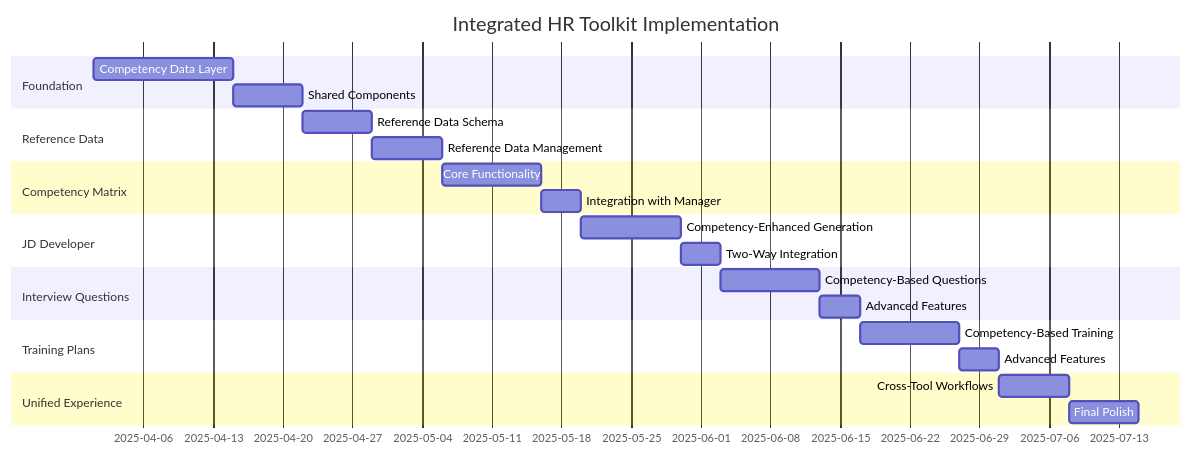
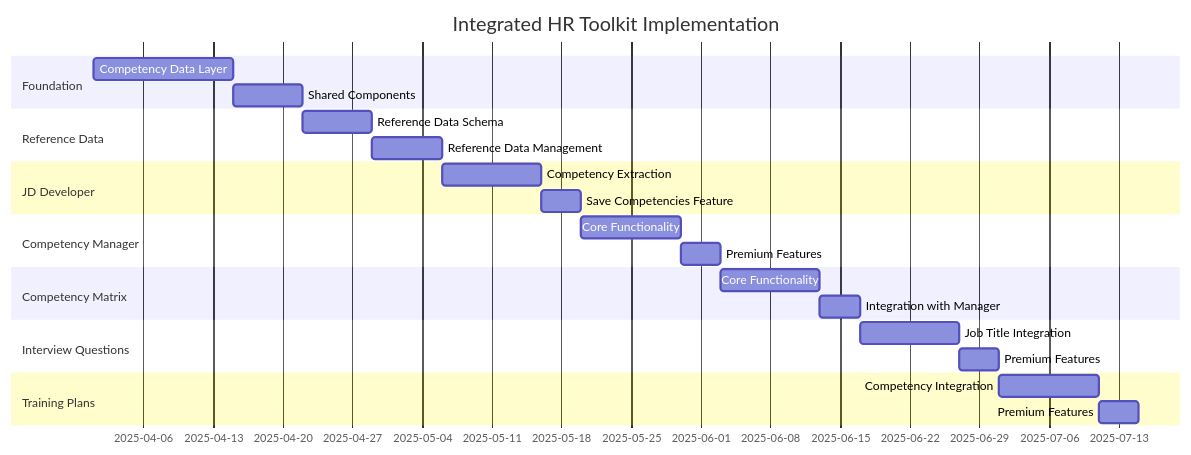
Before and after one commit to pgtipping/Synthalyst: the diagram in guides/integrated-hr-toolkit.md, drawn with Mermaid. The commit also changed other lines of this file and 2 other files, not shown here.

Commit message:
Update integrated HR toolkit implementation plan with JD-first approach and premium/freemium differentiation

````diff
--- a/guides/integrated-hr-toolkit.md
+++ b/guides/integrated-hr-toolkit.md
@@ -424,26 +527,26 @@
 ```mermaid
 gantt
     title Integrated HR Toolkit Implementation
     dateFormat  YYYY-MM-DD
     section Foundation
     Competency Data Layer           :a1, 2025-04-01, 14d
     Shared Components               :a2, after a1, 7d
     section Reference Data
     Reference Data Schema           :r1, after a2, 7d
     Reference Data Management       :r2, after r1, 7d
+    section JD Developer
+    Competency Extraction           :c1, after r2, 10d
+    Save Competencies Feature       :c2, after c1, 4d
+    section Competency Manager
+    Core Functionality              :d1, after c2, 10d
+    Premium Features                :d2, after d1, 4d
     section Competency Matrix
-    Core Functionality              :b1, after r2, 10d
-    Integration with Manager        :b2, after b1, 4d
-    section JD Developer
-    Competency-Enhanced Generation  :c1, after b2, 10d
-    Two-Way Integration             :c2, after c1, 4d
+    Core Functionality              :e1, after d2, 10d
+    Integration with Manager        :e2, after e1, 4d
     section Interview Questions
-    Competency-Based Questions      :d1, after c2, 10d
-    Advanced Features               :d2, after d1, 4d
+    Job Title Integration           :f1, after e2, 10d
+    Premium Features                :f2, after f1, 4d
     section Training Plans
-    Competency-Based Training       :e1, after d2, 10d
-    Advanced Features               :e2, after e1, 4d
-    section Unified Experience
-    Cross-Tool Workflows            :f1, after e2, 7d
-    Final Polish                    :f2, after f1, 7d
+    Competency Integration          :g1, after f2, 10d
+    Premium Features                :g2, after g1, 4d
 ```
````
